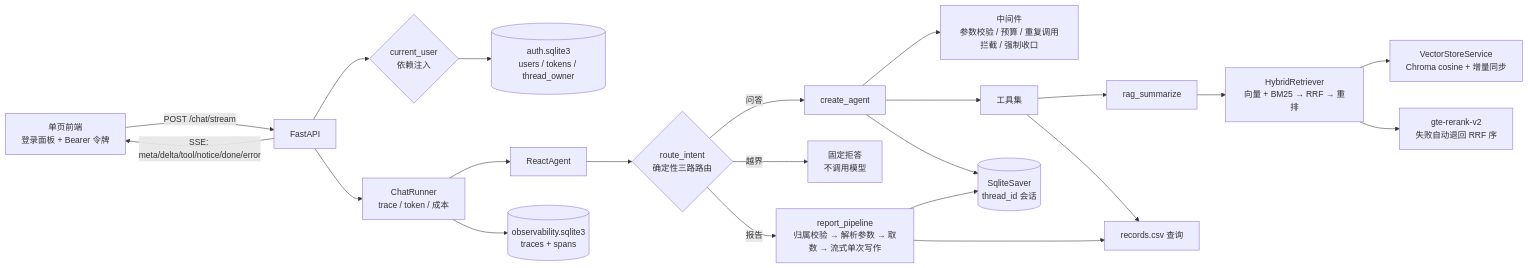
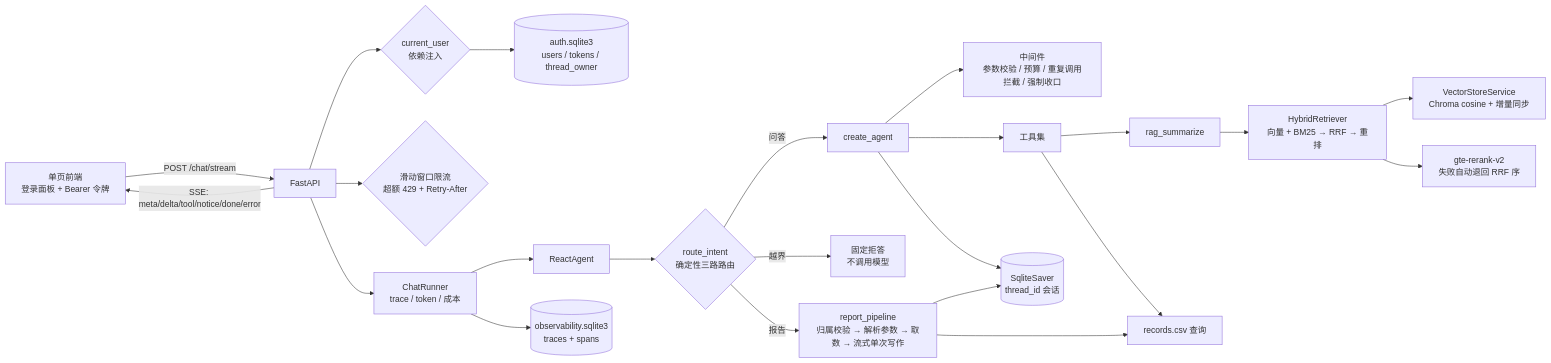
The first of 2 diagrams in docs/design.md (jadeji00/RAG_Service_Agent), drawn with Mermaid before and after one commit. The commit also changed other lines of this file and 10 other files, not shown here.

````diff
--- a/docs/design.md
+++ b/docs/design.md
@@ -18,24 +18,25 @@
 ```mermaid
 flowchart LR
     U[单页前端<br/>登录面板 + Bearer 令牌] -->|POST /chat/stream| F[FastAPI]
     F -->|SSE: meta/delta/tool/notice/done/error| U
     F --> CU{current_user<br/>依赖注入}
     CU --> AU[(auth.sqlite3<br/>users / tokens / thread_owner)]
+    F --> RL{滑动窗口限流<br/>超额 429 + Retry-After}
     F --> CR[ChatRunner<br/>trace / token / 成本]
     CR --> A[ReactAgent]
     A --> RT{route_intent<br/>确定性三路路由}
     RT -->|报告| RP[report_pipeline<br/>归属校验 → 解析参数 → 取数 → 流式单次写作]
     RT -->|越界| OOS[固定拒答<br/>不调用模型]
     RT -->|问答| G[create_agent]
     G --> M[中间件<br/>参数校验 / 预算 / 重复调用拦截 / 强制收口]
     G --> T[工具集]
     T --> R[rag_summarize]
     R --> HY[HybridRetriever<br/>向量 + BM25 → RRF → 重排]
     HY --> V[VectorStoreService<br/>Chroma cosine + 增量同步]
     HY --> RR[gte-rerank-v2<br/>失败自动退回 RRF 序]
     T --> C[records.csv 查询]
     RP --> C
     G --> K[(SqliteSaver<br/>thread_id 会话)]
     RP --> K
     CR --> OB[(observability.sqlite3<br/>traces + spans)]
 ```
````
